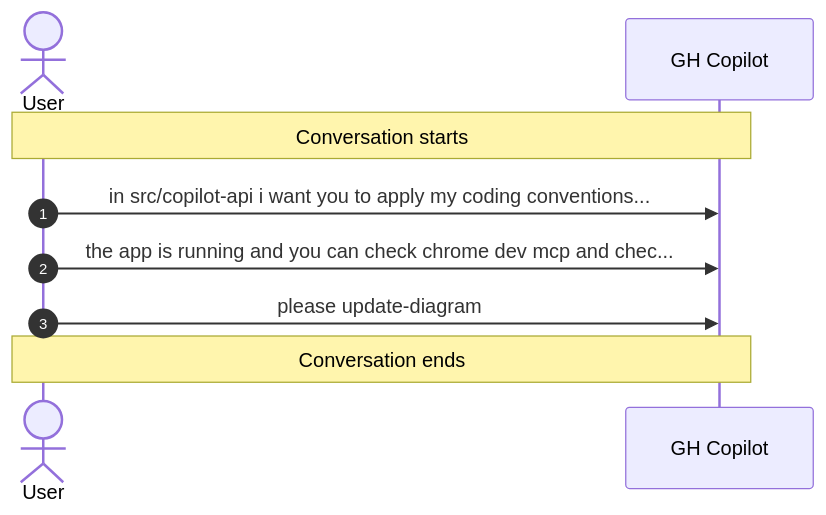
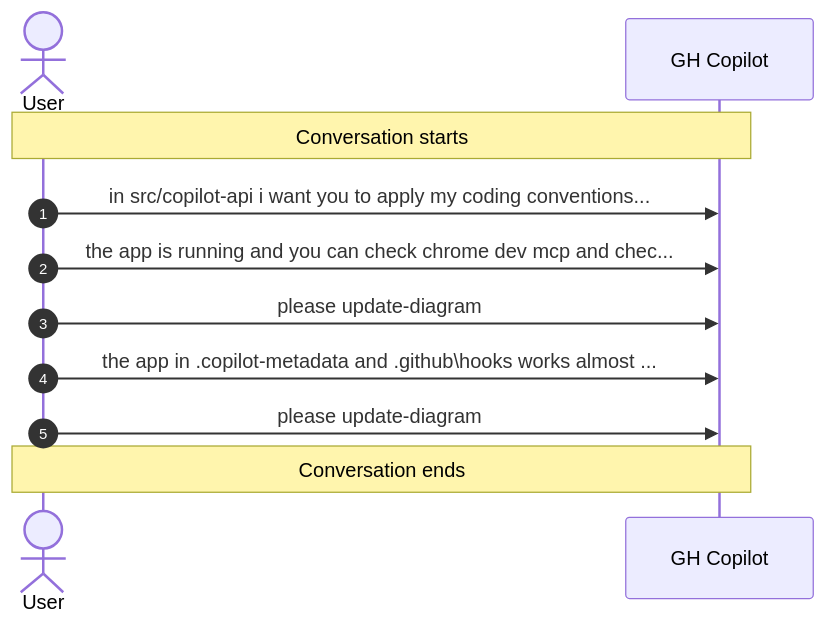
The diagram in .copilot-metadata/conv-b37b6fc0-b04a-428f-8d42-0116d6b6e7a1.md (alexander-kastil/github-copilot), drawn with Mermaid before and after one commit. The commit also changed other lines of this file and 9 other files, not shown here.

````diff
--- a/.copilot-metadata/conv-b37b6fc0-b04a-428f-8d42-0116d6b6e7a1.md
+++ b/.copilot-metadata/conv-b37b6fc0-b04a-428f-8d42-0116d6b6e7a1.md
@@ -8,16 +8,20 @@
 ```mermaid
 sequenceDiagram
     autonumber
     actor User as User
     participant Bot as GH Copilot
 
     Note over User,Bot: Conversation starts
 
     User->>Bot: in src/copilot-api i want you to apply my coding conventions...
 
     User->>Bot: the app is running and you can check chrome dev mcp and chec...
 
     User->>Bot: please update-diagram
 
+    User->>Bot: the app in .copilot-metadata and .github\hooks works almost ...
+
+    User->>Bot: please update-diagram
+
     Note over User,Bot: Conversation ends
 ```
````
